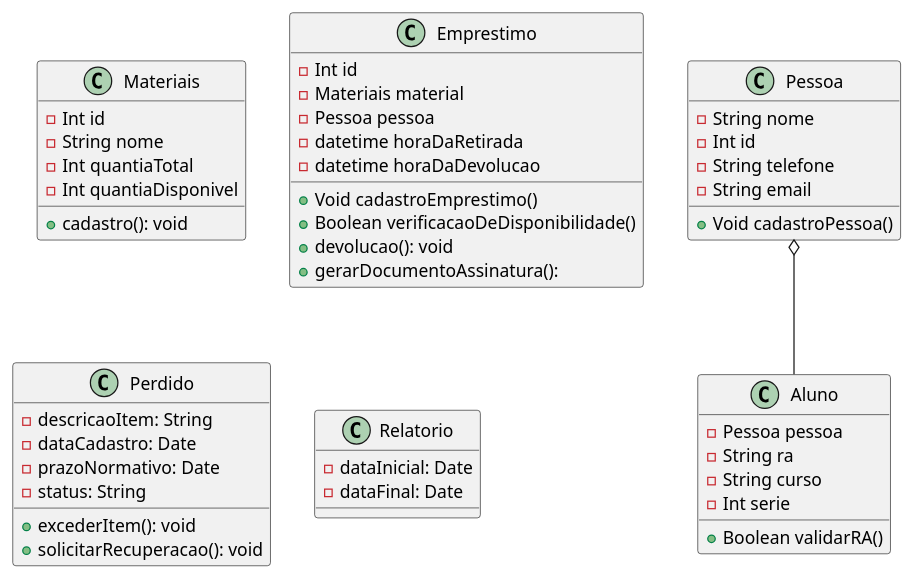
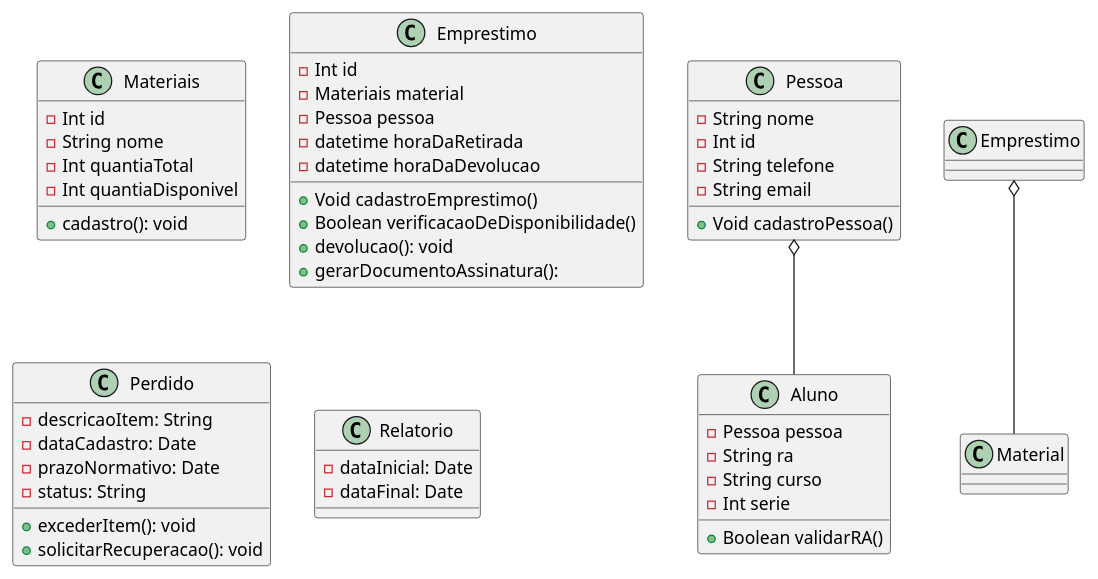
Before and after one commit to danielalvesmoura/APS-Compartilhado: the diagram in diagramaDeClasse.puml, drawn with PlantUML.

```diff
--- a/diagramaDeClasse.puml
+++ b/diagramaDeClasse.puml
@@ -1,60 +1,60 @@
 @startuml   
 
 class "Pessoa" as pes{
     -String nome
     -Int id
     -String telefone
     -String email
 
     +Void cadastroPessoa()
 }
  
 class "Aluno" as alu{
     -Pessoa pessoa
     -String ra
     -String curso
     -Int serie
 
     +Boolean validarRA()
 }
 
 class "Materiais" as mat{
     -Int id
     -String nome
     -Int quantiaTotal
     -Int quantiaDisponivel
 
     +cadastro(): void
 }
 
 class "Emprestimo" as emp{
     -Int id
     -Materiais material
     -Pessoa pessoa
     -datetime horaDaRetirada
     -datetime horaDaDevolucao
 
     +Void cadastroEmprestimo()
     +Boolean verificacaoDeDisponibilidade()
     +devolucao(): void
     +gerarDocumentoAssinatura(): 
 }
 
 class Perdido {
     -descricaoItem: String
     -dataCadastro: Date
     -prazoNormativo: Date
     -status: String
     +excederItem(): void
     +solicitarRecuperacao(): void
 }
 
 class Relatorio {
     -dataInicial: Date
     -dataFinal: Date
 }
 
 pes o-- alu
-
+Emprestimo o-- Material
 
 @enduml
```
